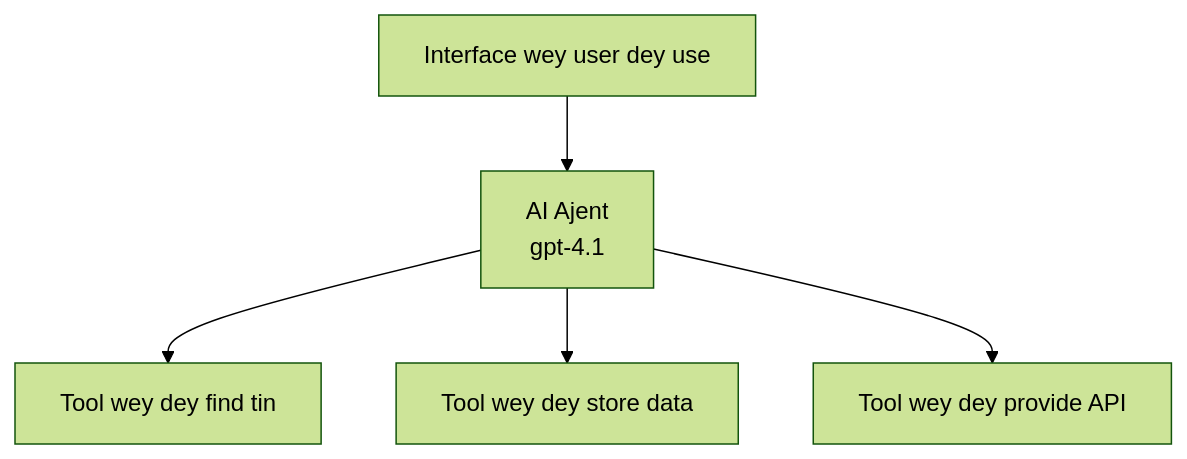
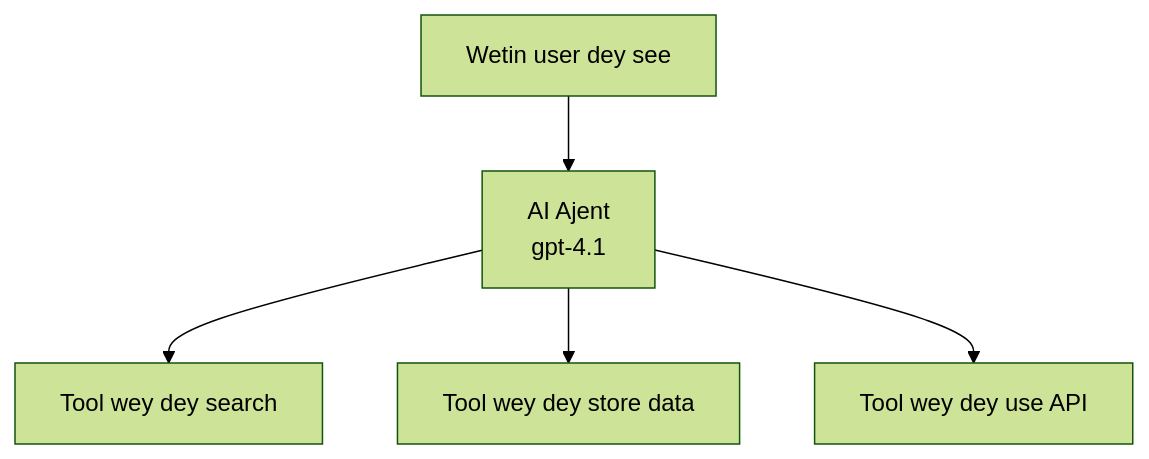
The first of 3 diagrams in translations/pcm/docs/chapter-02-ai-development/agents.md (microsoft/AZD-for-beginners), drawn with Mermaid (forest theme) before and after one commit. The commit also changed other lines of this file and 104 other files, not shown here.

````diff
--- a/translations/pcm/docs/chapter-02-ai-development/agents.md
+++ b/translations/pcm/docs/chapter-02-ai-development/agents.md
@@ -157,7 +162,7 @@
 ```mermaid
 graph TD
-    UI[Interface wey user dey use] --> Agent[AI Ajent<br/>gpt-4.1]
-    Agent --> Search[Tool wey dey find tin]
+    UI[Wetin user dey see] --> Agent[AI Ajent<br/>gpt-4.1]
+    Agent --> Search[Tool wey dey search]
     Agent --> Database[Tool wey dey store data]
-    Agent --> API[Tool wey dey provide API]
+    Agent --> API[Tool wey dey use API]
 ```
````
